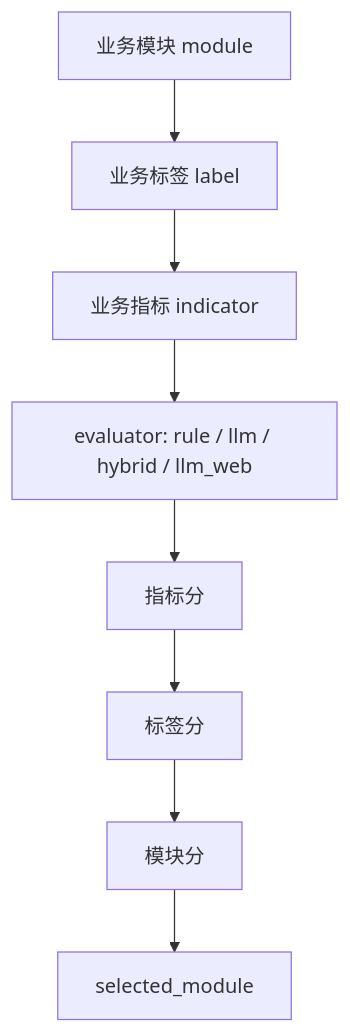
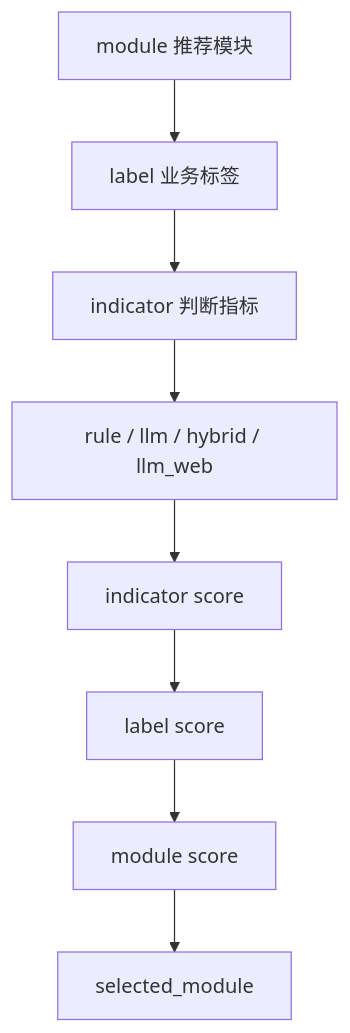
One commit to leeing/xft-dd changed the diagram in docs/SCORING.md. Above: the diagram before and after it, drawn with Mermaid. The commit also changed other lines of this file and 5 other files, not shown here.

First line of the commit message:
📝 docs: refresh README and architecture docs

````diff
--- a/docs/SCORING.md
+++ b/docs/SCORING.md
@@ -7,10 +7,10 @@
 ```mermaid
 flowchart TB
-    module["业务模块 module"] --> label["业务标签 label"]
-    label --> indicator["业务指标 indicator"]
-    indicator --> eval["evaluator: rule / llm / hybrid / llm_web"]
-    eval --> score["指标分"]
-    score --> labelscore["标签分"]
-    labelscore --> modulescore["模块分"]
+    module["module 推荐模块"] --> label["label 业务标签"]
+    label --> indicator["indicator 判断指标"]
+    indicator --> evaluator["rule / llm / hybrid / llm_web"]
+    evaluator --> score["indicator score"]
+    score --> labelscore["label score"]
+    labelscore --> modulescore["module score"]
     modulescore --> selected["selected_module"]
 ```
````
